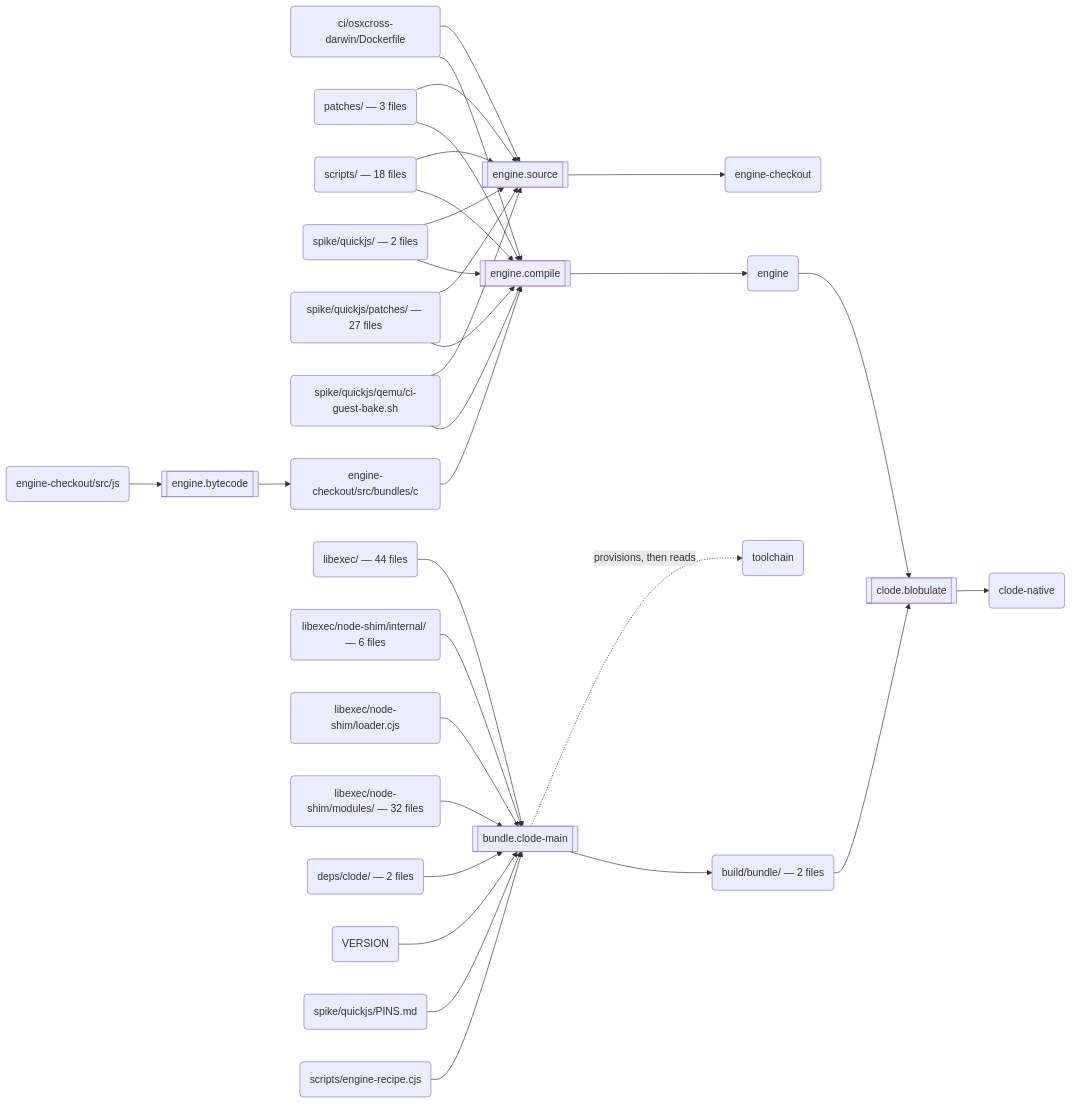
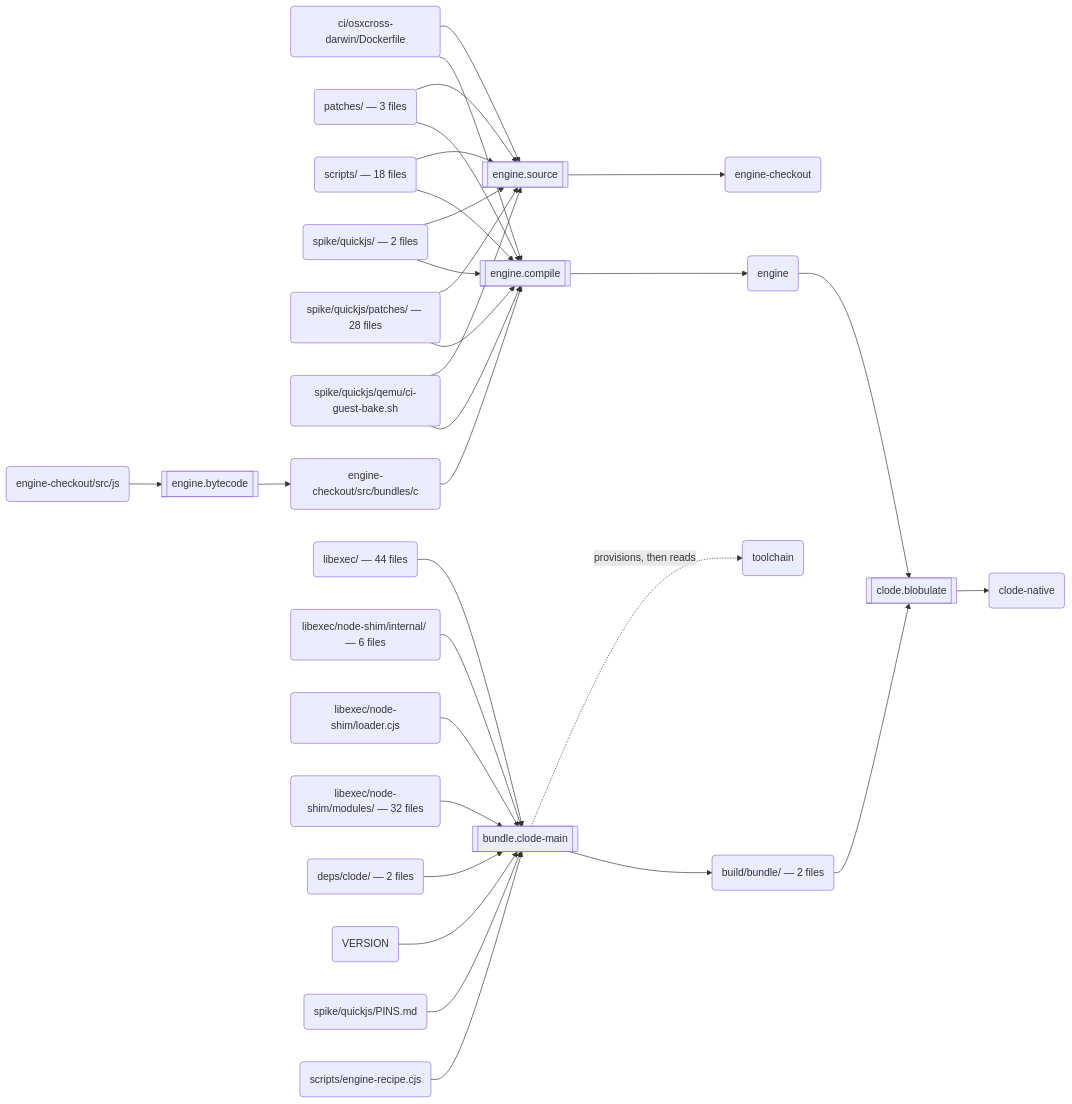
The second of 3 diagrams in docs/build.md (schmonz/clode), drawn with Mermaid before and after one commit. The commit also changed other lines of this file and 7 other files, not shown here.

````diff
--- a/docs/build.md
+++ b/docs/build.md
@@ -123,59 +123,59 @@
 ```mermaid
 flowchart LR
   s0[["engine.source"]]
   a0("ci/osxcross-darwin/Dockerfile")
   a1("patches/ — 3 files")
   a2("scripts/ — 18 files")
   a3("spike/quickjs/ — 2 files")
-  a4("spike/quickjs/patches/ — 27 files")
+  a4("spike/quickjs/patches/ — 28 files")
   a5("spike/quickjs/qemu/ci-guest-bake.sh")
   a6("engine-checkout")
   s1[["engine.bytecode"]]
   a7("engine-checkout/src/js")
   a8("engine-checkout/src/bundles/c")
   s2[["engine.compile"]]
   a9("engine")
   s3[["bundle.clode-main"]]
   a10("libexec/ — 44 files")
   a11("libexec/node-shim/internal/ — 6 files")
   a12("libexec/node-shim/loader.cjs")
   a13("libexec/node-shim/modules/ — 32 files")
   a14("deps/clode/ — 2 files")
   a15("VERSION")
   a16("spike/quickjs/PINS.md")
   a17("scripts/engine-recipe.cjs")
   a18("toolchain")
   a19("build/bundle/ — 2 files")
   s4[["clode.blobulate"]]
   a20("clode-native")
   a0 --> s0
   a1 --> s0
   a2 --> s0
   a3 --> s0
   a4 --> s0
   a5 --> s0
   s0 --> a6
   a7 --> s1
   s1 --> a8
   a8 --> s2
   a0 --> s2
   a1 --> s2
   a2 --> s2
   a3 --> s2
   a4 --> s2
   a5 --> s2
   s2 --> a9
   a10 --> s3
   a11 --> s3
   a12 --> s3
   a13 --> s3
   a14 --> s3
   a15 --> s3
   a16 --> s3
   a17 --> s3
   s3 -.->|"provisions, then reads"| a18
   s3 --> a19
   a9 --> s4
   a19 --> s4
   s4 --> a20
 ```
````
